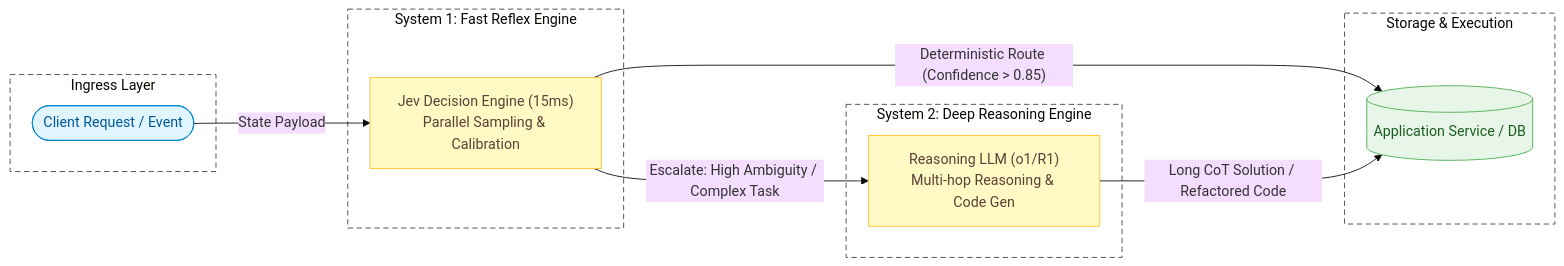
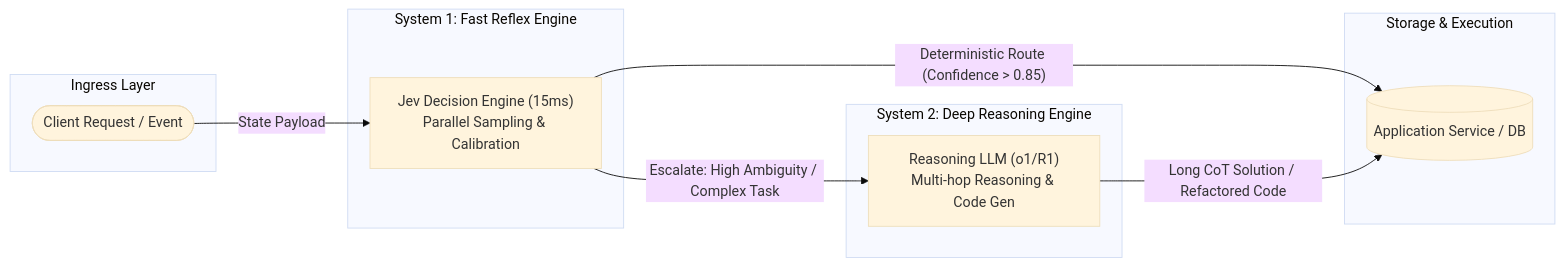
The third of 3 diagrams in docs/agent/jev의 등장으로 살펴본 기존 LLM 방식의 구체적인 과정과 jev와의 차이점.md (djpibo/djpibo.github.io), drawn with Mermaid (base theme) before and after one commit. The commit also changed other lines of this file and 8 other files, not shown here.

Commit message:
style(mermaid): unify all diagrams to monochrome and remove colored rect boxes

````diff
--- a/docs/agent/jev의 등장으로 살펴본 기존 LLM 방식의 구체적인 과정과 jev와의 차이점.md
+++ b/docs/agent/jev의 등장으로 살펴본 기존 LLM 방식의 구체적인 과정과 jev와의 차이점.md
@@ -503,34 +493,27 @@
 ```mermaid
 flowchart LR
     %% Subgraph Boundaries
     subgraph INGRESS ["Ingress Layer"]
-        style INGRESS stroke:#424242,stroke-dasharray: 6 4,fill:none
-        REQ(["Client Request / Event"]):::extNode
+        REQ(["Client Request / Event"])
     end
 
     subgraph SYSTEM1 ["System 1: Fast Reflex Engine"]
-        style SYSTEM1 stroke:#424242,stroke-dasharray: 6 4,fill:none
-        JEV["Jev Decision Engine (15ms)<br/>Parallel Sampling & Calibration"]:::processNode
+        JEV["Jev Decision Engine (15ms)<br/>Parallel Sampling & Calibration"]
     end
 
     subgraph SYSTEM2 ["System 2: Deep Reasoning Engine"]
-        style SYSTEM2 stroke:#424242,stroke-dasharray: 6 4,fill:none
-        REASON["Reasoning LLM (o1/R1)<br/>Multi-hop Reasoning & Code Gen"]:::processNode
+        REASON["Reasoning LLM (o1/R1)<br/>Multi-hop Reasoning & Code Gen"]
     end
 
     subgraph BACKEND ["Storage & Execution"]
-        style BACKEND stroke:#424242,stroke-dasharray: 6 4,fill:none
-        APP[("Application Service / DB")]:::dbNode
+        APP[("Application Service / DB")]
     end
 
     %% Pipeline Flow
     REQ -->|"State Payload"| JEV
     JEV -->|"Deterministic Route (Confidence > 0.85)"| APP
     JEV -->|"Escalate: High Ambiguity / Complex Task"| REASON
     REASON -->|"Long CoT Solution / Refactored Code"| APP
 
     %% Node Styles
-    classDef dbNode fill:#E8F5E9,stroke:#4CAF50,color:#1B5E20;
-    classDef processNode fill:#FFF9C4,stroke:#FBC02D,color:#5D4037;
-    classDef extNode fill:#E1F5FE,stroke:#0288D1,color:#01579B;
 ```
````
